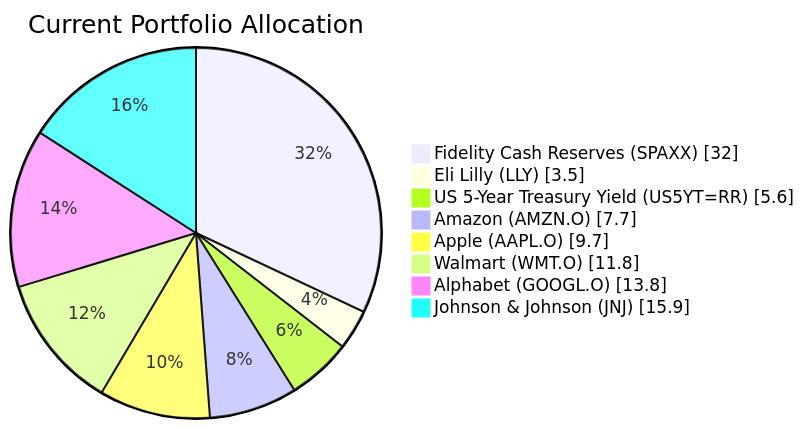
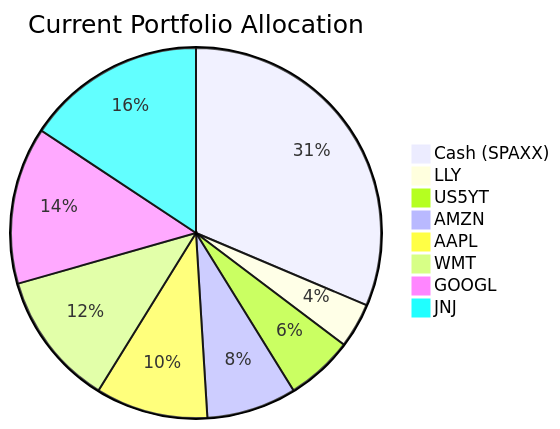
The first of 2 diagrams in docs/sample outputs/client_product_fit_analysis_4.md (roger249/Bot-collaboration), drawn with Mermaid before and after one commit. The commit also changed other lines of this file and 16 other files, not shown here.

````diff
--- a/docs/sample outputs/client_product_fit_analysis_4.md
+++ b/docs/sample outputs/client_product_fit_analysis_4.md
@@ -59,12 +51,11 @@
 ```mermaid
-pie showData
-    title Current Portfolio Allocation
-    "Fidelity Cash Reserves (SPAXX)" : 32.0
-    "Eli Lilly (LLY)" : 3.5
-    "US 5-Year Treasury Yield (US5YT=RR)" : 5.6
-    "Amazon (AMZN.O)" : 7.7
-    "Apple (AAPL.O)" : 9.7
-    "Walmart (WMT.O)" : 11.8
-    "Alphabet (GOOGL.O)" : 13.8
-    "Johnson & Johnson (JNJ)" : 15.9
+pie title Current Portfolio Allocation
+    "Cash (SPAXX)" : 32
+    "LLY" : 4
+    "US5YT" : 6
+    "AMZN" : 8
+    "AAPL" : 10
+    "WMT" : 12
+    "GOOGL" : 14
+    "JNJ" : 16
 ```
````
